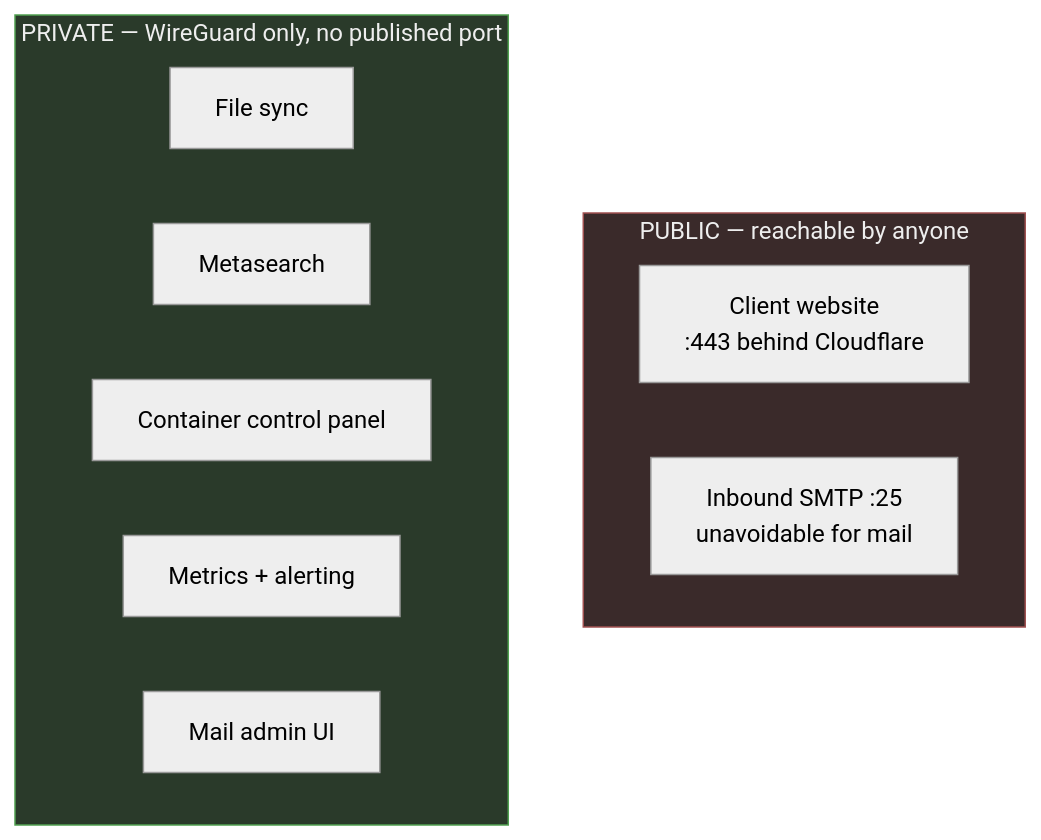
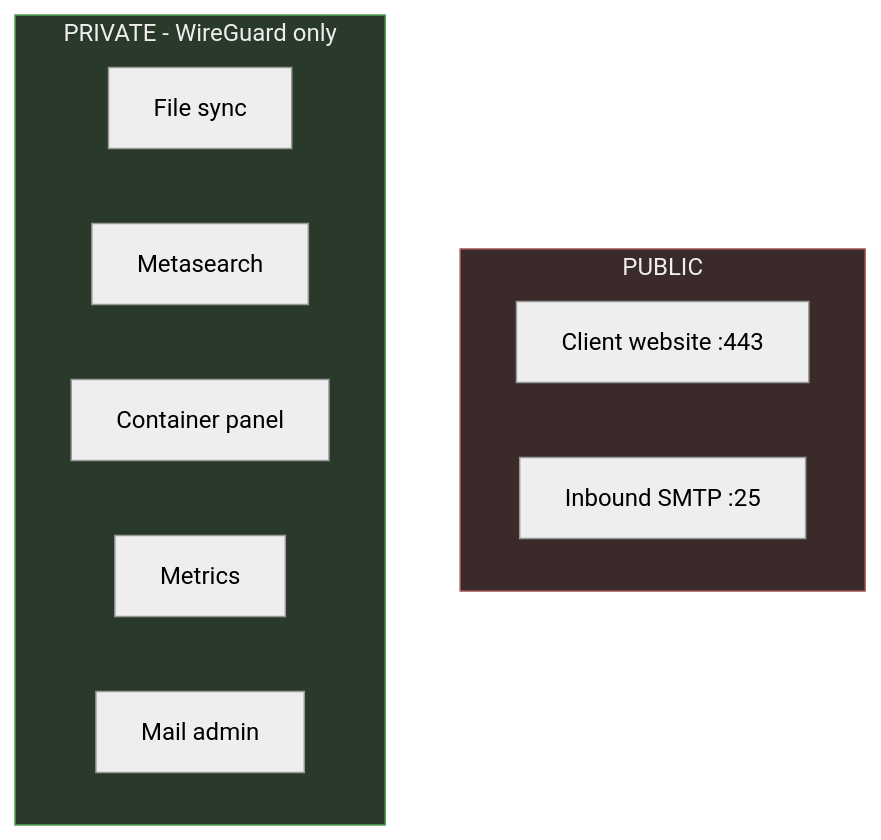
The second of 3 diagrams in README.md (lucavieiram/self-hosted-stack), drawn with Mermaid (neutral theme) before and after one commit. The commit also changed other lines of this file and 7 other files, not shown here.

First line of the commit message:
fix mermaid parse error in the request-path diagram, cut the prose

````diff
--- a/README.md
+++ b/README.md
@@ -63,18 +50,16 @@
 ```mermaid
 graph TB
-    subgraph pub["PUBLIC — reachable by anyone"]
-        p1["Client website<br/>:443 behind Cloudflare"]
-        p2["Inbound SMTP :25<br/>unavoidable for mail"]
+    subgraph pub["PUBLIC"]
+        p1["Client website :443"]
+        p2["Inbound SMTP :25"]
     end
-
-    subgraph priv["PRIVATE — WireGuard only, no published port"]
+    subgraph priv["PRIVATE - WireGuard only"]
         v1["File sync"]
         v2["Metasearch"]
-        v3["Container control panel"]
-        v4["Metrics + alerting"]
-        v5["Mail admin UI"]
+        v3["Container panel"]
+        v4["Metrics"]
+        v5["Mail admin"]
     end
-
     style pub fill:#3a2a2a,stroke:#a05050,color:#eee
     style priv fill:#2a3a2a,stroke:#50a050,color:#eee
 ```
````
